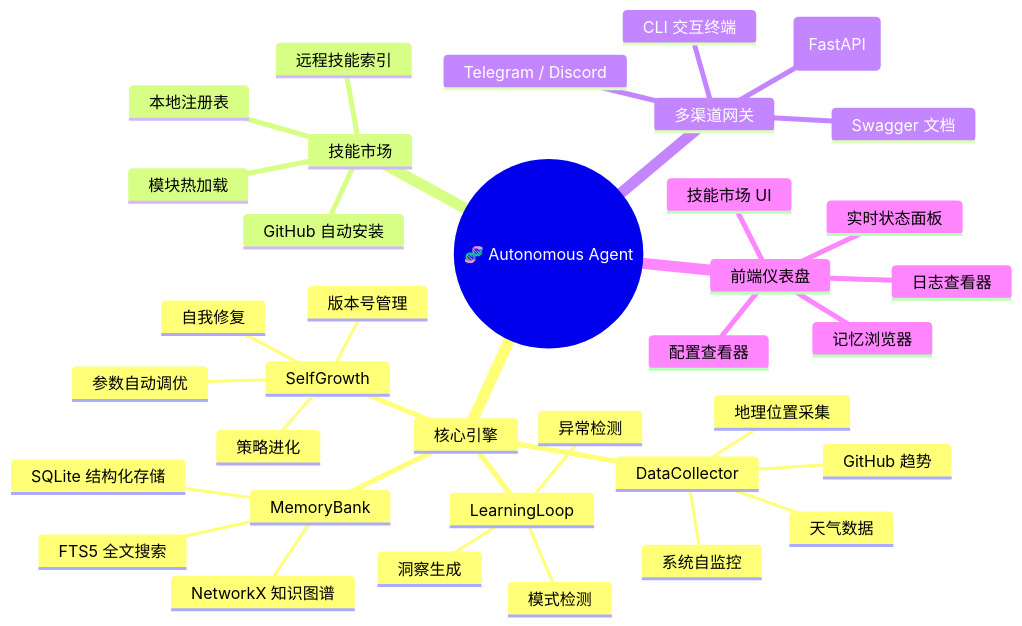
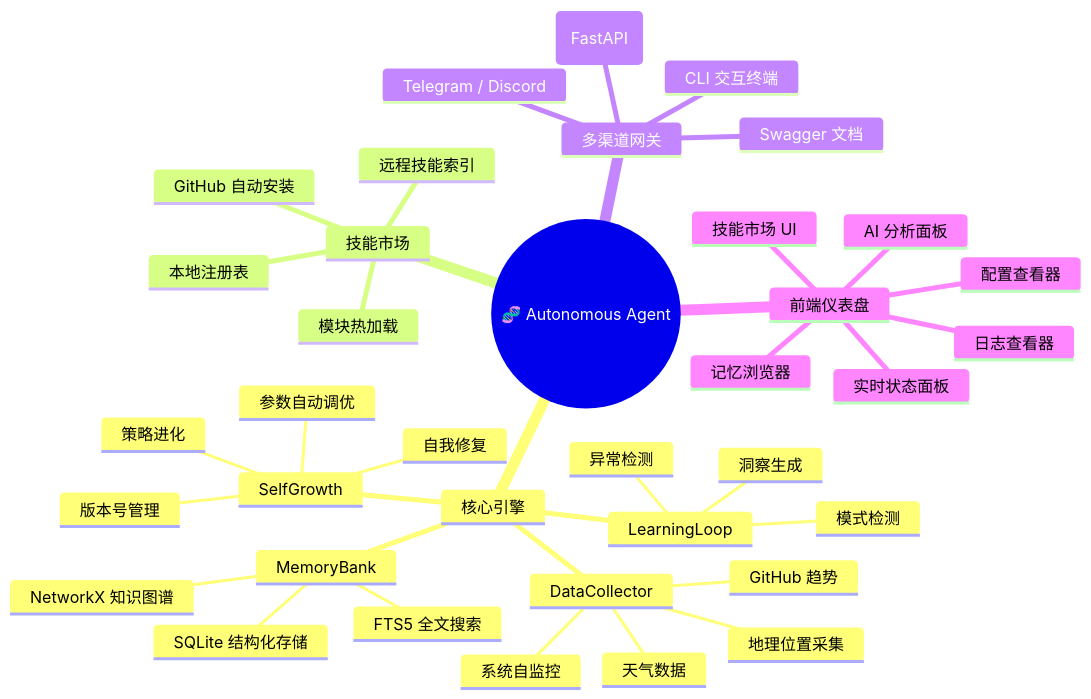
The first of 5 diagrams in README.md (jincheng3870682453-hash/autonomous-agent), drawn with Mermaid before and after one commit. The commit also changed other lines of this file, not shown here.

Commit message:
v4.1.1: 重构README - 大厂风格架构图+中英双语+完整对比

````diff
--- a/README.md
+++ b/README.md
@@ -68,39 +107,40 @@
 ```mermaid
 mindmap
   root((🧬 Autonomous Agent))
     核心引擎
       MemoryBank
         SQLite 结构化存储
         FTS5 全文搜索
         NetworkX 知识图谱
       DataCollector
         地理位置采集
         天气数据
         GitHub 趋势
         系统自监控
       LearningLoop
         模式检测
         异常检测
         洞察生成
       SelfGrowth
         参数自动调优
         版本号管理
         策略进化
         自我修复
     技能市场
       本地注册表
       远程技能索引
       GitHub 自动安装
       模块热加载
     多渠道网关
       CLI 交互终端
       REST API (FastAPI)
       Swagger 文档
       Telegram / Discord
     前端仪表盘
       实时状态面板
       记忆浏览器
       技能市场 UI
+      AI 分析面板
       日志查看器
       配置查看器
 ```
````
